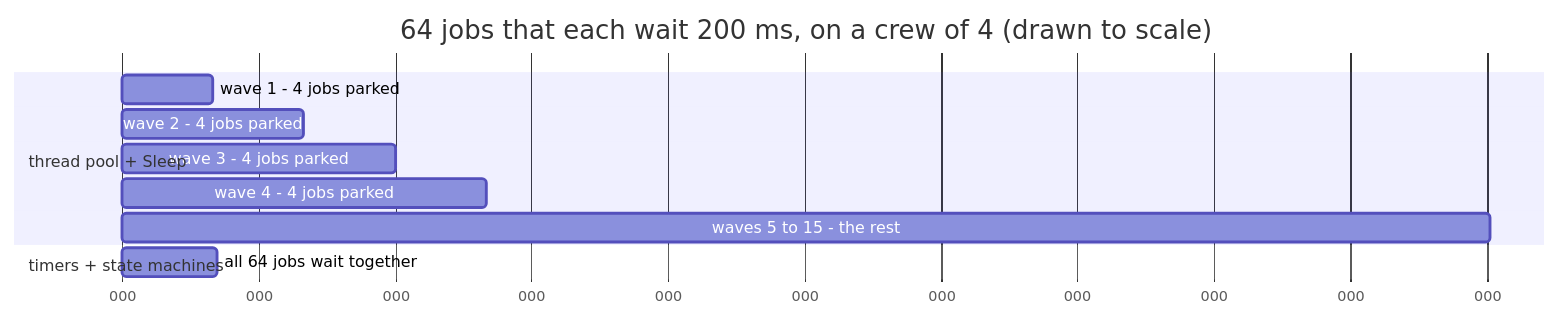
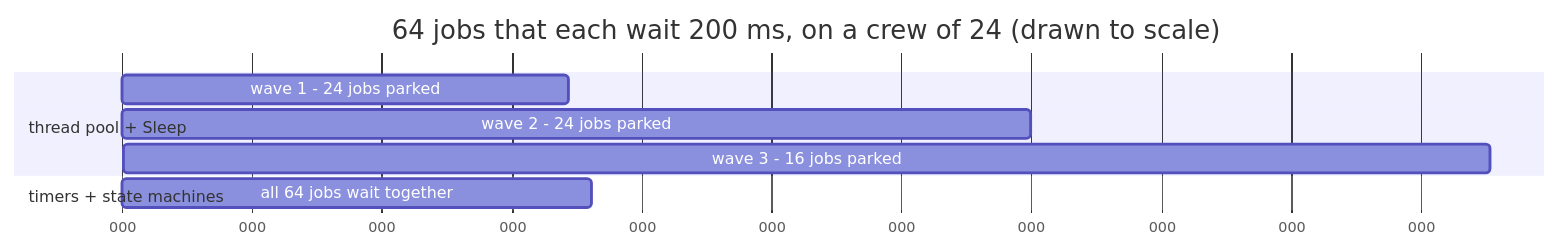
One commit to mmpworks/MMP.AsyncProxy changed the first of 3 diagrams in docs/course/06-threads-vs-the-machine.md. Above: the diagram before and after it, drawn with Mermaid. The commit also changed other lines of this file and 72 other files, not shown here.

````diff
--- a/docs/course/06-threads-vs-the-machine.md
+++ b/docs/course/06-threads-vs-the-machine.md
@@ -168,14 +172,12 @@
 ```mermaid
 gantt
-    title 64 jobs that each wait 200 ms, on a crew of 4 (drawn to scale)
+    title 64 jobs that each wait 200 ms, on a crew of 24 (drawn to scale)
     dateFormat X
     axisFormat %L
     section thread pool + Sleep
-    wave 1 - 4 jobs parked       :w1, 0, 200
-    wave 2 - 4 jobs parked       :w2, 200, 400
-    wave 3 - 4 jobs parked       :w3, 400, 600
-    wave 4 - 4 jobs parked       :w4, 600, 800
-    waves 5 to 15 - the rest     :w5, 800, 3007
+    wave 1 - 24 jobs parked      :w1, 0, 206
+    wave 2 - 24 jobs parked      :w2, 206, 420
+    wave 3 - 16 jobs parked      :w3, 420, 632
     section timers + state machines
-    all 64 jobs wait together    :t1, 0, 208
+    all 64 jobs wait together    :t1, 0, 217
 ```
````
